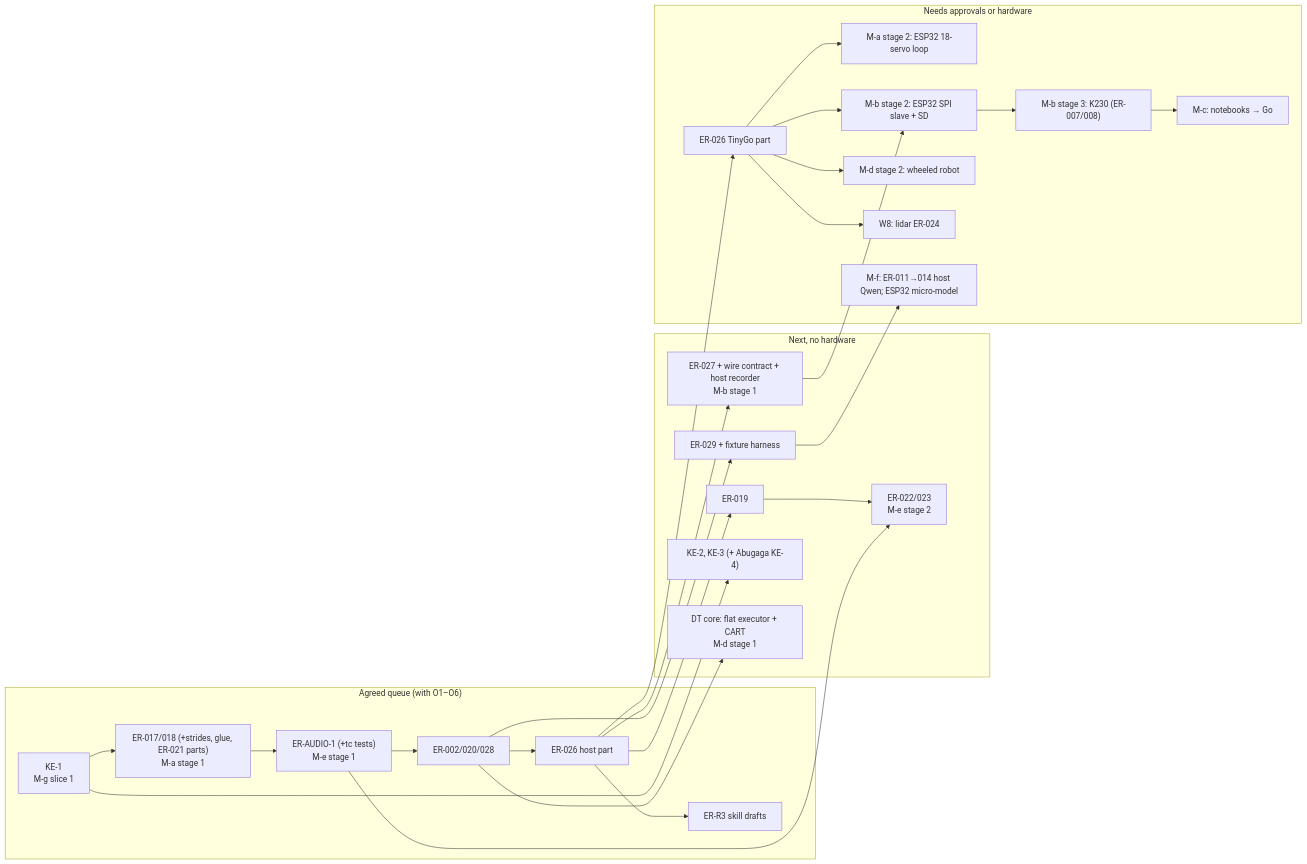
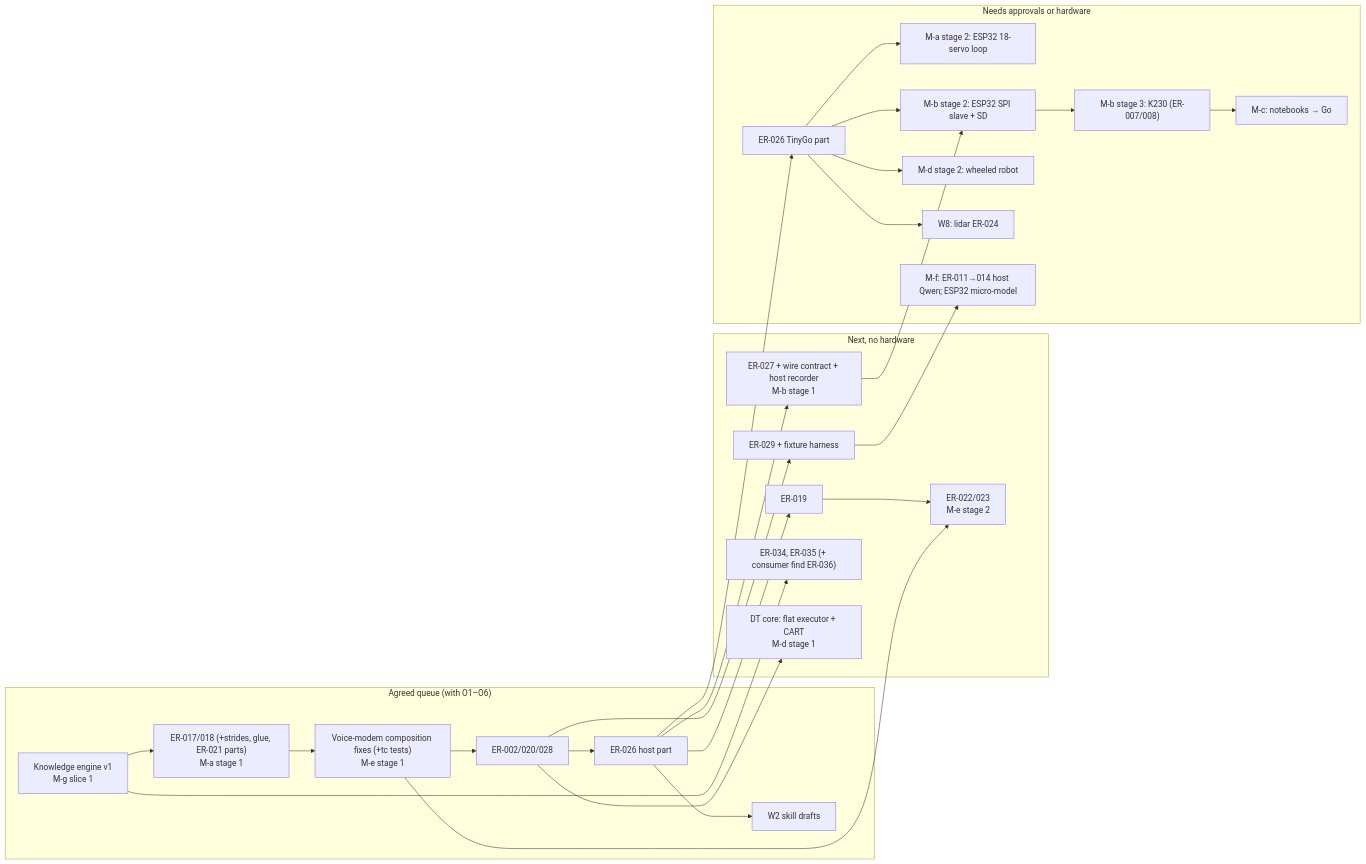
One commit to itohio/EasyRobot changed the diagram in docs/planning/roadmap.md. Above: the diagram before and after it, drawn with Mermaid. The commit also changed other lines of this file and 401 other files, not shown here.

````diff
--- a/docs/planning/roadmap.md
+++ b/docs/planning/roadmap.md
@@ -59,41 +59,41 @@
 ```mermaid
 flowchart LR
   subgraph now["Agreed queue (with O1–O6)"]
-    KE1["KE-1<br/>M-g slice 1"] --> IK["ER-017/018 (+strides, glue, ER-021 parts)<br/>M-a stage 1"]
-    IK --> AU["ER-AUDIO-1 (+tc tests)<br/>M-e stage 1"]
+    KE1["Knowledge engine v1<br/>M-g slice 1"] --> IK["ER-017/018 (+strides, glue, ER-021 parts)<br/>M-a stage 1"]
+    IK --> AU["Voice-modem composition fixes (+tc tests)<br/>M-e stage 1"]
     AU --> T["ER-002/020/028"]
     T --> B["ER-026 host part"]
-    B --> R3["ER-R3 skill drafts"]
+    B --> R3["W2 skill drafts"]
   end
   subgraph next["Next, no hardware"]
     N1["ER-029 + fixture harness"]
     N2["ER-027 + wire contract + host recorder<br/>M-b stage 1"]
     N3["ER-019"]
     N4["ER-022/023<br/>M-e stage 2"]
-    N5["KE-2, KE-3 (+ Abugaga KE-4)"]
+    N5["ER-034, ER-035 (+ consumer find ER-036)"]
     N6["DT core: flat executor + CART<br/>M-d stage 1"]
   end
   subgraph hw["Needs approvals or hardware"]
     H0["ER-026 TinyGo part"]
     H1["M-a stage 2: ESP32 18-servo loop"]
     H2["M-b stage 2: ESP32 SPI slave + SD"]
     H3["M-d stage 2: wheeled robot"]
     H4["W8: lidar ER-024"]
     H5["M-f: ER-011→014 host Qwen; ESP32 micro-model"]
     H6["M-b stage 3: K230 (ER-007/008)"]
     H7["M-c: notebooks → Go"]
   end
   T --> N1
   B --> N2
   B --> N3 --> N4
   AU --> N4
   KE1 --> N5
   T --> N6
   B --> H0
   H0 --> H1
   H0 --> H2
   H0 --> H3
   H0 --> H4
   N1 --> H5
   N2 --> H2 --> H6 --> H7
 ```
````
